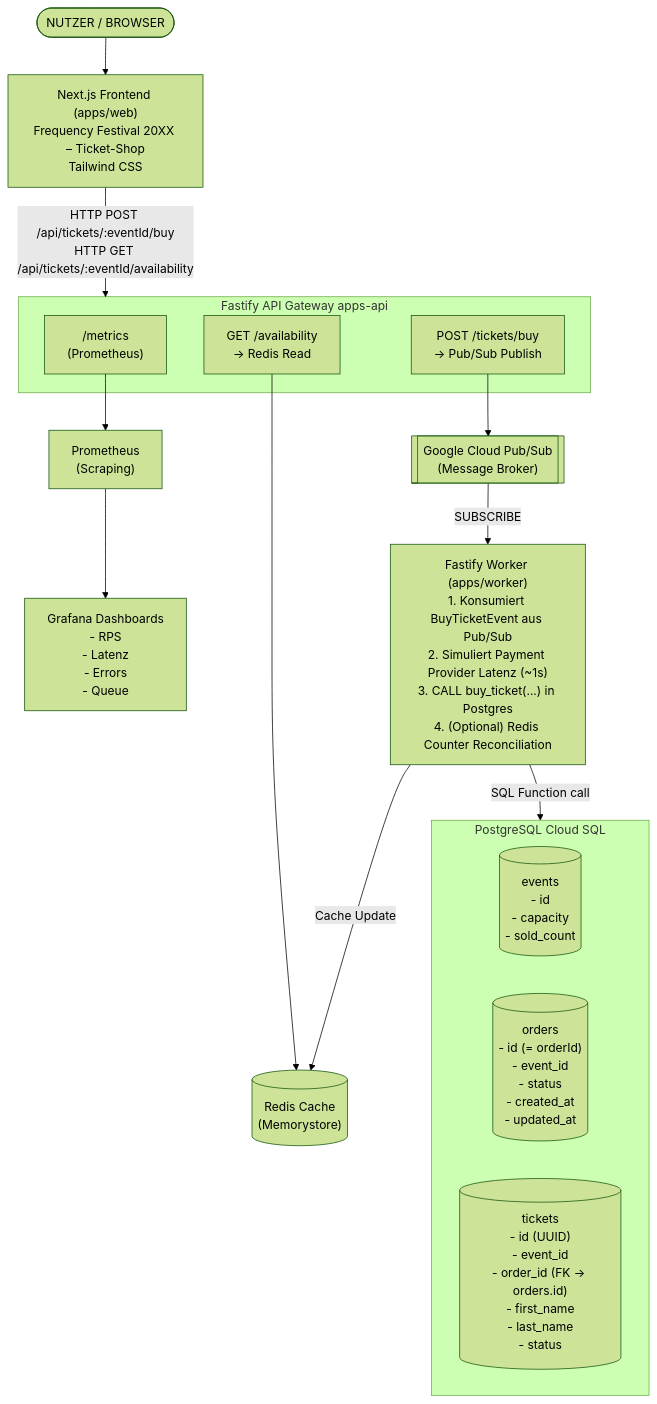
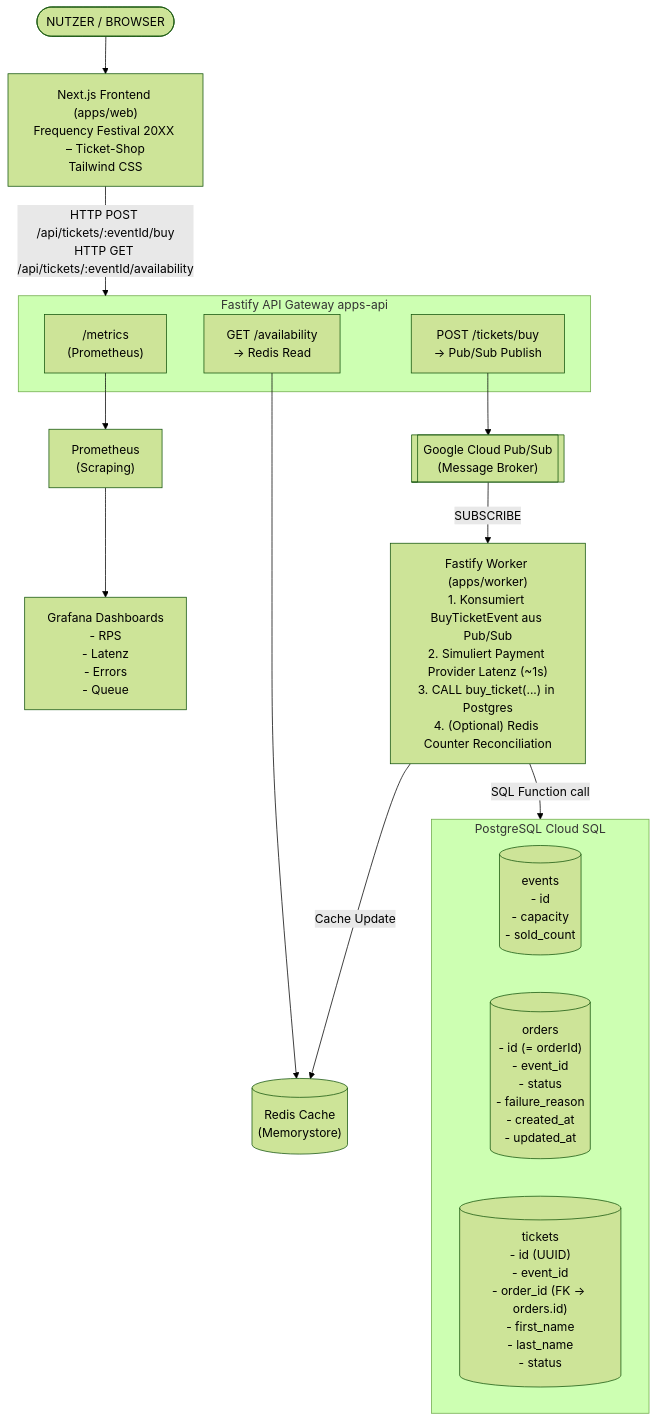
Before and after one commit to schuler-ph/high-frequency-ticket-system: the first of 2 diagrams in docs/ARCHITECTURE.md, drawn with Mermaid (forest theme). The commit also changed other lines of this file and 9 other files, not shown here.

````diff
--- a/docs/ARCHITECTURE.md
+++ b/docs/ARCHITECTURE.md
@@ -9,40 +9,40 @@
 ```mermaid
 flowchart TD
     User([NUTZER / BROWSER])
 
     Frontend["Next.js Frontend (apps/web)<br/>Frequency Festival 20XX – Ticket-Shop<br/>Tailwind CSS"]
 
     subgraph API [Fastify API Gateway apps-api]
         API_metrics["/metrics<br/>(Prometheus)"]
         API_avail["GET /availability<br/>→ Redis Read"]
         API_buy["POST /tickets/buy<br/>→ Pub/Sub Publish"]
     end
 
     Prometheus["Prometheus<br/>(Scraping)"]
     Redis[("Redis Cache<br/>(Memorystore)")]
     PubSub[["Google Cloud Pub/Sub<br/>(Message Broker)"]]
 
     Grafana["Grafana Dashboards<br/>- RPS<br/>- Latenz<br/>- Errors<br/>- Queue"]
 
     Worker["Fastify Worker (apps/worker)<br/>1. Konsumiert BuyTicketEvent aus Pub/Sub<br/>2. Simuliert Payment Provider Latenz (~1s)<br/>3. CALL buy_ticket(...) in Postgres<br/>4. (Optional) Redis Counter Reconciliation"]
 
     subgraph DB [PostgreSQL Cloud SQL]
         events[("events<br/>- id<br/>- capacity<br/>- sold_count")]
-        orders[("orders<br/>- id (= orderId)<br/>- event_id<br/>- status<br/>- created_at<br/>- updated_at")]
+        orders[("orders<br/>- id (= orderId)<br/>- event_id<br/>- status<br/>- failure_reason<br/>- created_at<br/>- updated_at")]
         tickets[("tickets<br/>- id (UUID)<br/>- event_id<br/>- order_id (FK -> orders.id)<br/>- first_name<br/>- last_name<br/>- status")]
     end
 
     User --> Frontend
     Frontend -->|"HTTP POST /api/tickets/:eventId/buy<br/>HTTP GET /api/tickets/:eventId/availability"| API
 
     API_metrics --> Prometheus
     API_avail --> Redis
     API_buy --> PubSub
 
     Prometheus --> Grafana
 
     Worker -->|Cache Update| Redis
     PubSub -->|SUBSCRIBE| Worker
 
     Worker -->|SQL Function call| DB
 ```
````
